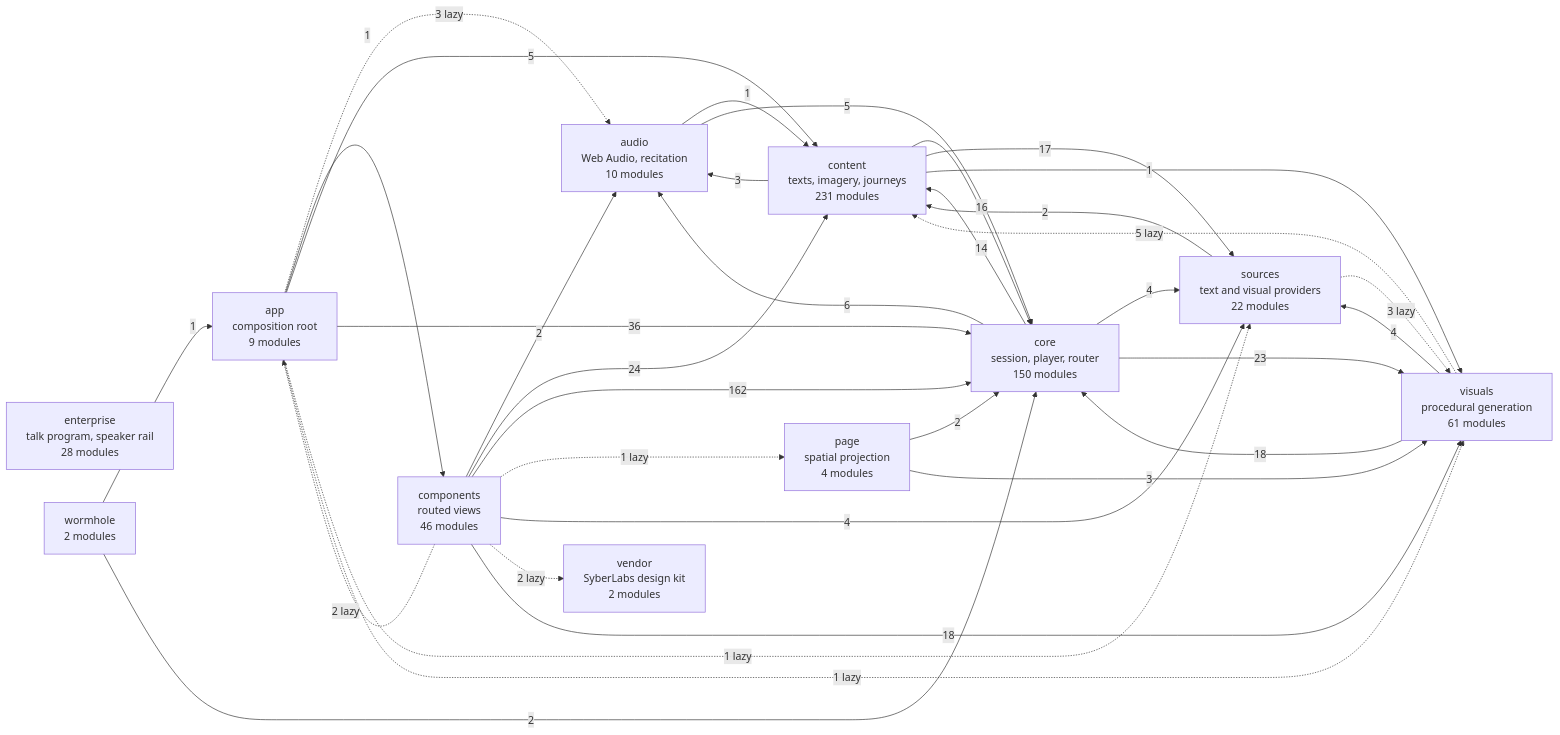
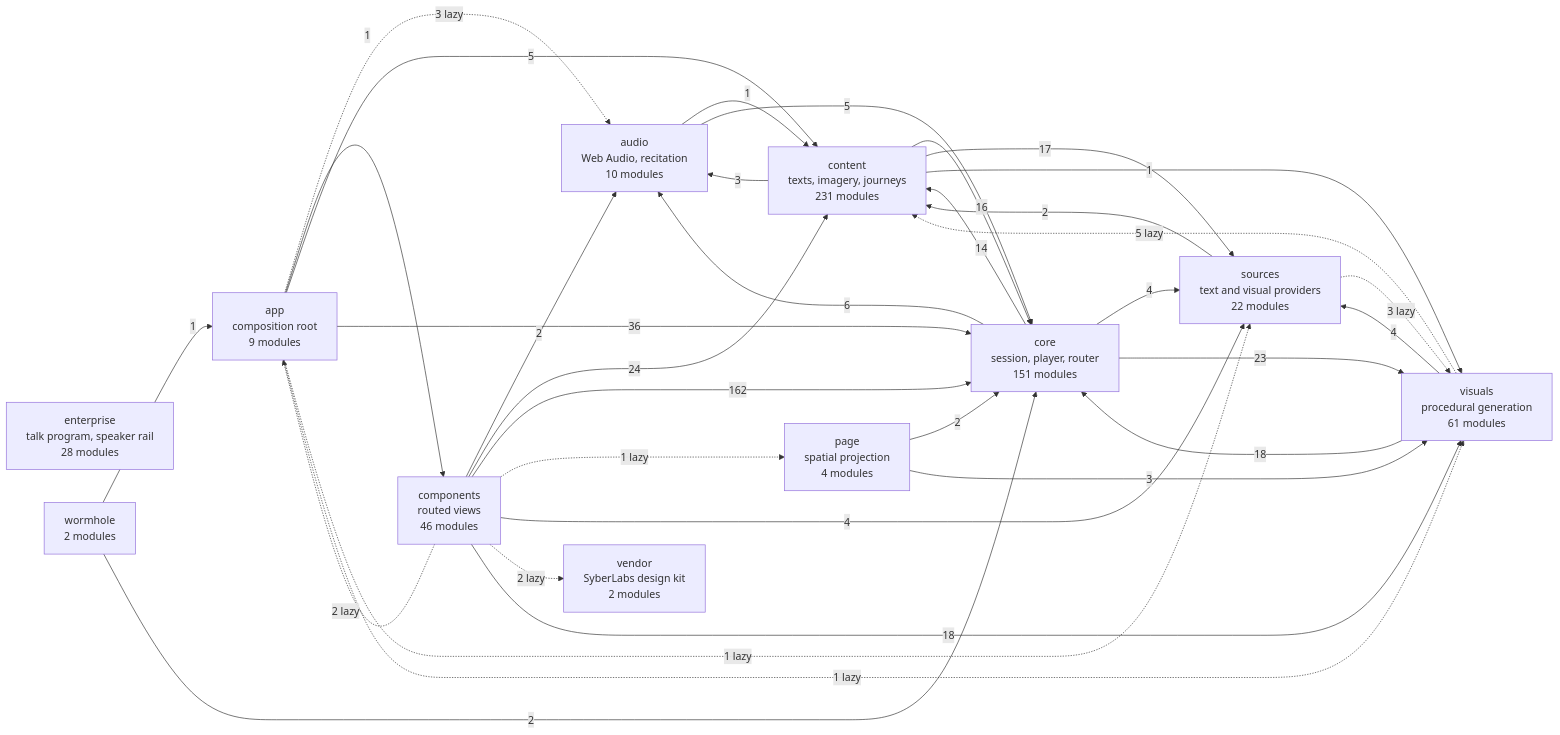
The diagram in docs/specs/ARCHITECTURE.md (SyberLabs/RISE), drawn with Mermaid before and after one commit.

Commit message:
The diagram counts frame-metrics beside the Oracle and the wormhole

````diff
--- a/docs/specs/ARCHITECTURE.md
+++ b/docs/specs/ARCHITECTURE.md
@@ -160,48 +160,48 @@
 ```mermaid
 flowchart LR
     app["app<br/>composition root<br/>9 modules"]
     audio["audio<br/>Web Audio, recitation<br/>10 modules"]
     components["components<br/>routed views<br/>46 modules"]
     content["content<br/>texts, imagery, journeys<br/>231 modules"]
-    core["core<br/>session, player, router<br/>150 modules"]
+    core["core<br/>session, player, router<br/>151 modules"]
     enterprise["enterprise<br/>talk program, speaker rail<br/>28 modules"]
     page["page<br/>spatial projection<br/>4 modules"]
     sources["sources<br/>text and visual providers<br/>22 modules"]
     vendor["vendor<br/>SyberLabs design kit<br/>2 modules"]
     visuals["visuals<br/>procedural generation<br/>61 modules"]
     wormhole["wormhole<br/>2 modules"]
 
     app -.-> |3 lazy| audio
     app --> |1| components
     app --> |5| content
     app --> |36| core
     app -.-> |1 lazy| sources
     app -.-> |1 lazy| visuals
     audio --> |1| content
     audio --> |5| core
     components -.-> |2 lazy| app
     components --> |2| audio
     components --> |24| content
     components --> |162| core
     components -.-> |1 lazy| page
     components --> |4| sources
     components -.-> |2 lazy| vendor
     components --> |18| visuals
     content --> |3| audio
     content --> |16| core
     content --> |17| sources
     content --> |1| visuals
     core --> |6| audio
     core --> |14| content
     core --> |4| sources
     core --> |23| visuals
     page --> |2| core
     page --> |3| visuals
     sources --> |2| content
     sources -.-> |3 lazy| visuals
     visuals -.-> |5 lazy| content
     visuals --> |18| core
     visuals --> |4| sources
     wormhole --> |1| app
     wormhole --> |2| core
 ```
````
